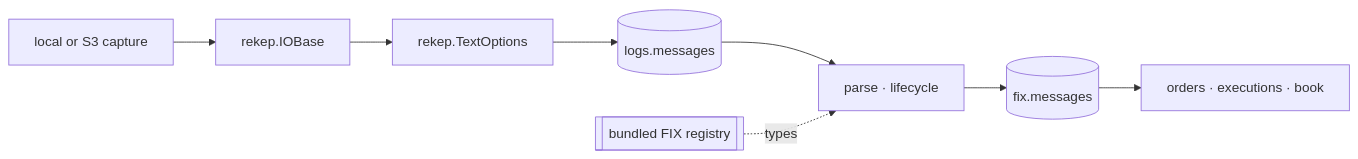
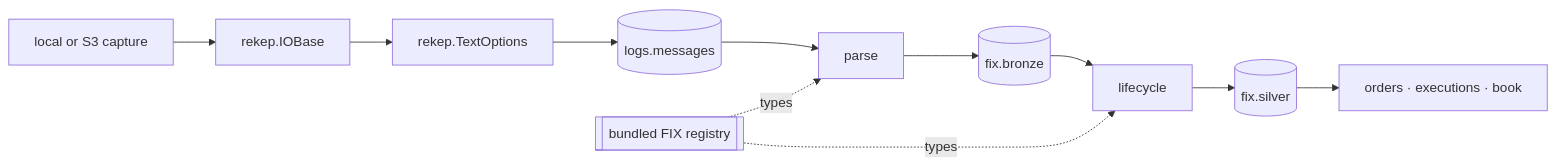
One commit to Platob/yggfin changed the diagram in docs/overview/architecture.md. Above: the diagram before and after it, drawn with Mermaid. The commit also changed other lines of this file and 1653 other files, not shown here.

````diff
--- a/docs/overview/architecture.md
+++ b/docs/overview/architecture.md
@@ -7,10 +7,13 @@
 ```mermaid
 flowchart LR
     U["local or S3 capture"] --> R["rekep.IOBase"]
     R --> T["rekep.TextOptions"]
     T --> M[("logs.messages")]
-    M --> C["parse · lifecycle"]
+    M --> C["parse"]
     D[["bundled FIX registry"]] -.types.-> C
-    C --> F[("fix.messages")]
+    C --> B[("fix.bronze")]
+    B --> L["lifecycle"]
+    D -.types.-> L
+    L --> F[("fix.silver")]
     F --> P["orders · executions · book"]
 ```
````
